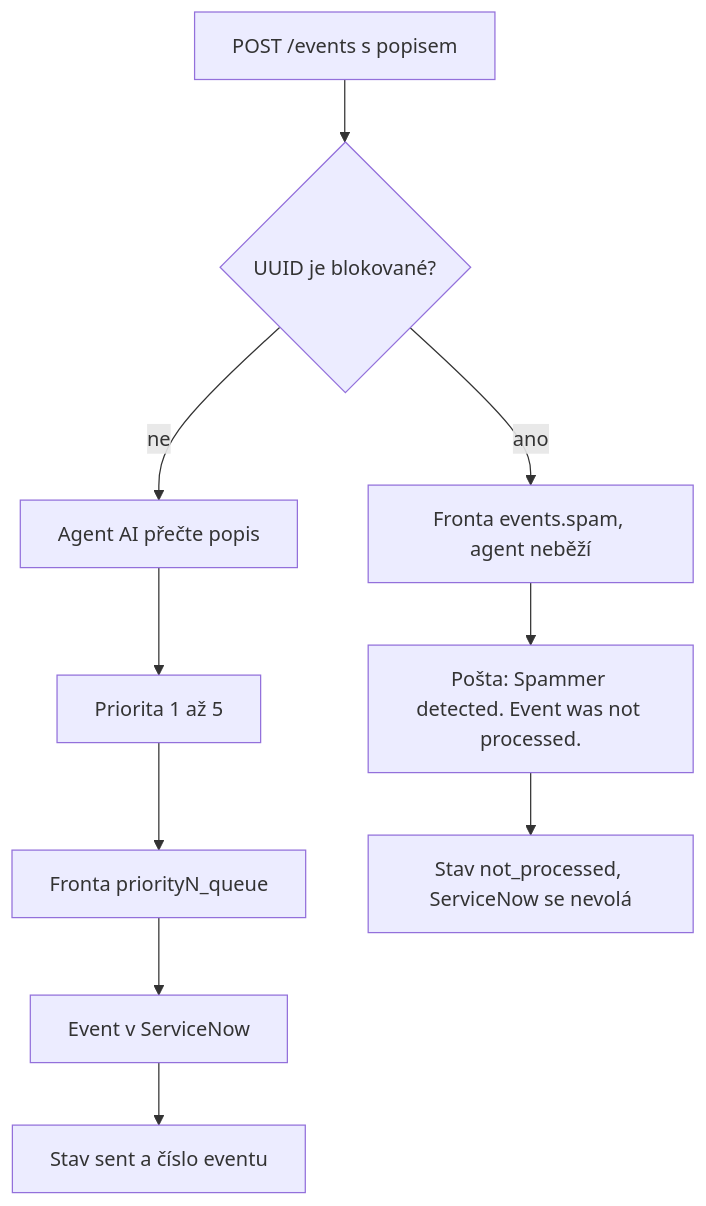
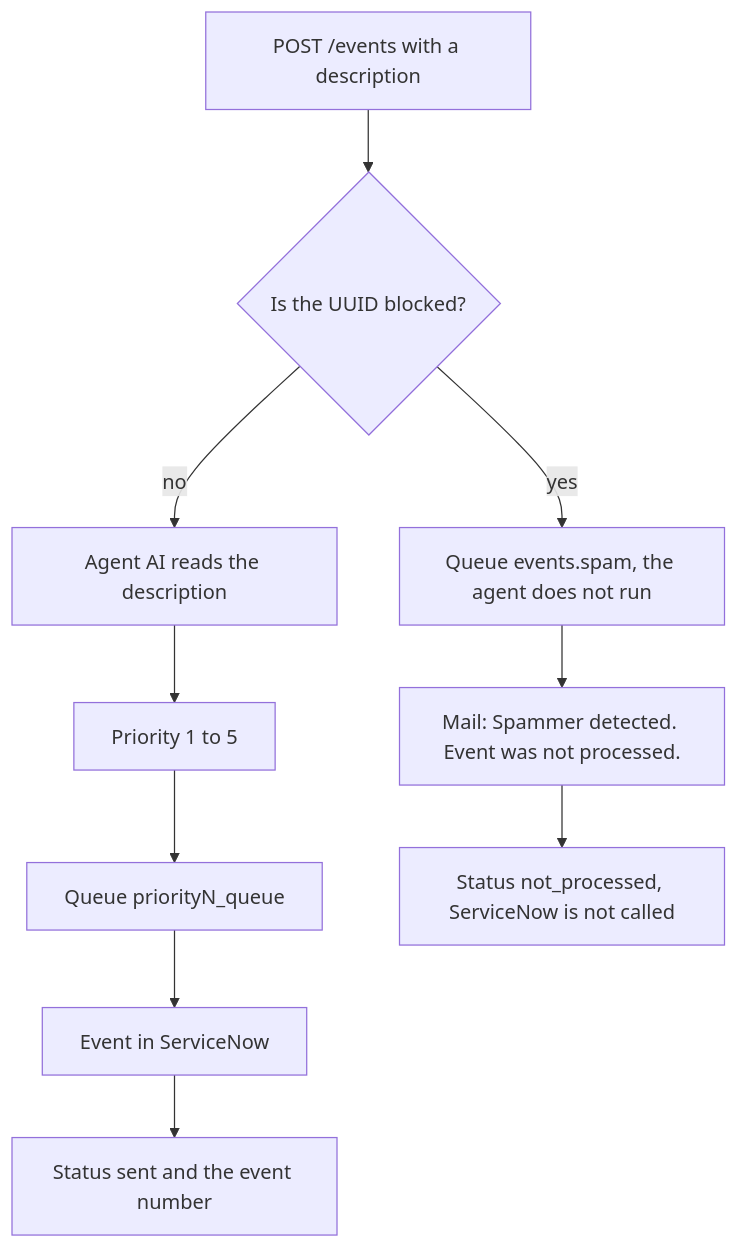
Before and after one commit to matpet00/Demo_project: the second of 5 diagrams in FLOW.md, drawn with Mermaid. The commit also changed other lines of this file, not shown here.

First line of the commit message:
Write the flow document in English and show additional_info as an object.

````diff
--- a/FLOW.md
+++ b/FLOW.md
@@ -55,12 +55,12 @@
 ```mermaid
 flowchart TD
-    call["POST /events s popisem"] --> known{"UUID je blokované?"}
-    known -->|ne| react["Agent AI přečte popis"]
-    react --> prio["Priorita 1 až 5"]
-    prio --> queue["Fronta priorityN_queue"]
-    queue --> snow["Event v ServiceNow"]
-    snow --> sent["Stav sent a číslo eventu"]
-    known -->|ano| spam["Fronta events.spam, agent neběží"]
-    spam --> mail["Pošta: Spammer detected. Event was not processed."]
-    mail --> stopped["Stav not_processed, ServiceNow se nevolá"]
+    call["POST /events with a description"] --> known{"Is the UUID blocked?"}
+    known -->|no| react["Agent AI reads the description"]
+    react --> prio["Priority 1 to 5"]
+    prio --> queue["Queue priorityN_queue"]
+    queue --> snow["Event in ServiceNow"]
+    snow --> sent["Status sent and the event number"]
+    known -->|yes| spam["Queue events.spam, the agent does not run"]
+    spam --> mail["Mail: Spammer detected. Event was not processed."]
+    mail --> stopped["Status not_processed, ServiceNow is not called"]
 ```
````
